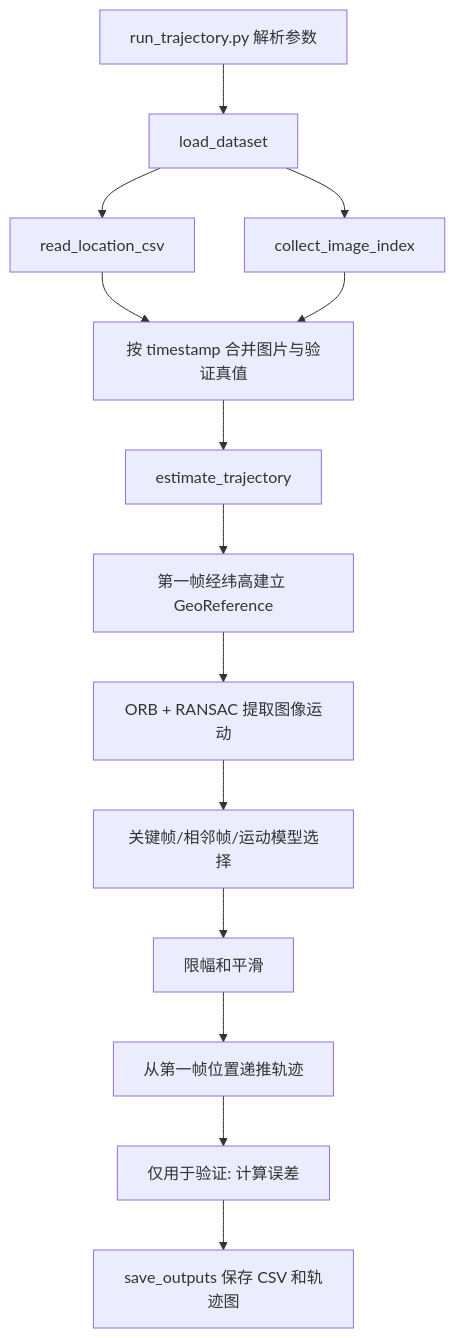
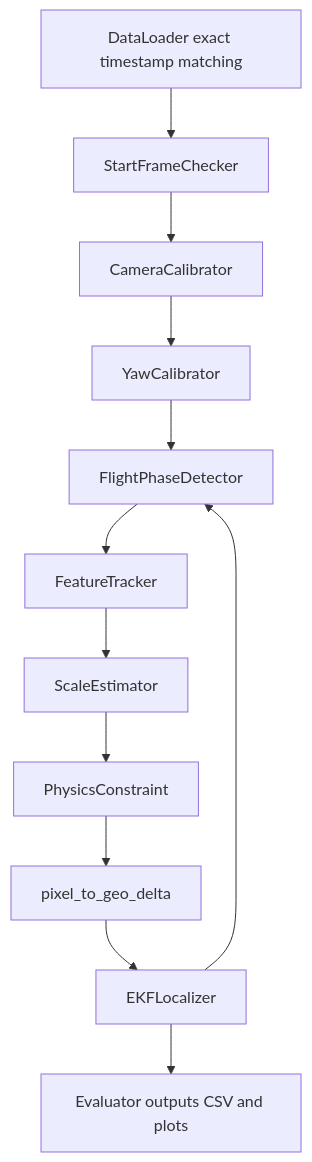
The diagram in docs/CODE_GUIDE.md (dudvvd/UAV-Trajectory-Analysis), drawn with Mermaid before and after one commit. The commit also changed other lines of this file and 134 other files, not shown here.

````diff
--- a/docs/CODE_GUIDE.md
+++ b/docs/CODE_GUIDE.md
@@ -35,16 +10,14 @@
 ```mermaid
 flowchart TD
-    A["run_trajectory.py 解析参数"] --> B["load_dataset"]
-    B --> C["read_location_csv"]
-    B --> D["collect_image_index"]
-    C --> E["按 timestamp 合并图片与验证真值"]
-    D --> E
-    E --> F["estimate_trajectory"]
-    F --> G["第一帧经纬高建立 GeoReference"]
-    G --> H["ORB + RANSAC 提取图像运动"]
-    H --> I["关键帧/相邻帧/运动模型选择"]
-    I --> J["限幅和平滑"]
-    J --> K["从第一帧位置递推轨迹"]
-    K --> L["仅用于验证: 计算误差"]
-    L --> M["save_outputs 保存 CSV 和轨迹图"]
+    A["DataLoader exact timestamp matching"] --> B["StartFrameChecker"]
+    B --> C["CameraCalibrator"]
+    C --> D["YawCalibrator"]
+    D --> E["FlightPhaseDetector"]
+    E --> F["FeatureTracker"]
+    F --> G["ScaleEstimator"]
+    G --> H["PhysicsConstraint"]
+    H --> I["pixel_to_geo_delta"]
+    I --> J["EKFLocalizer"]
+    J --> E
+    J --> K["Evaluator outputs CSV and plots"]
 ```
````
